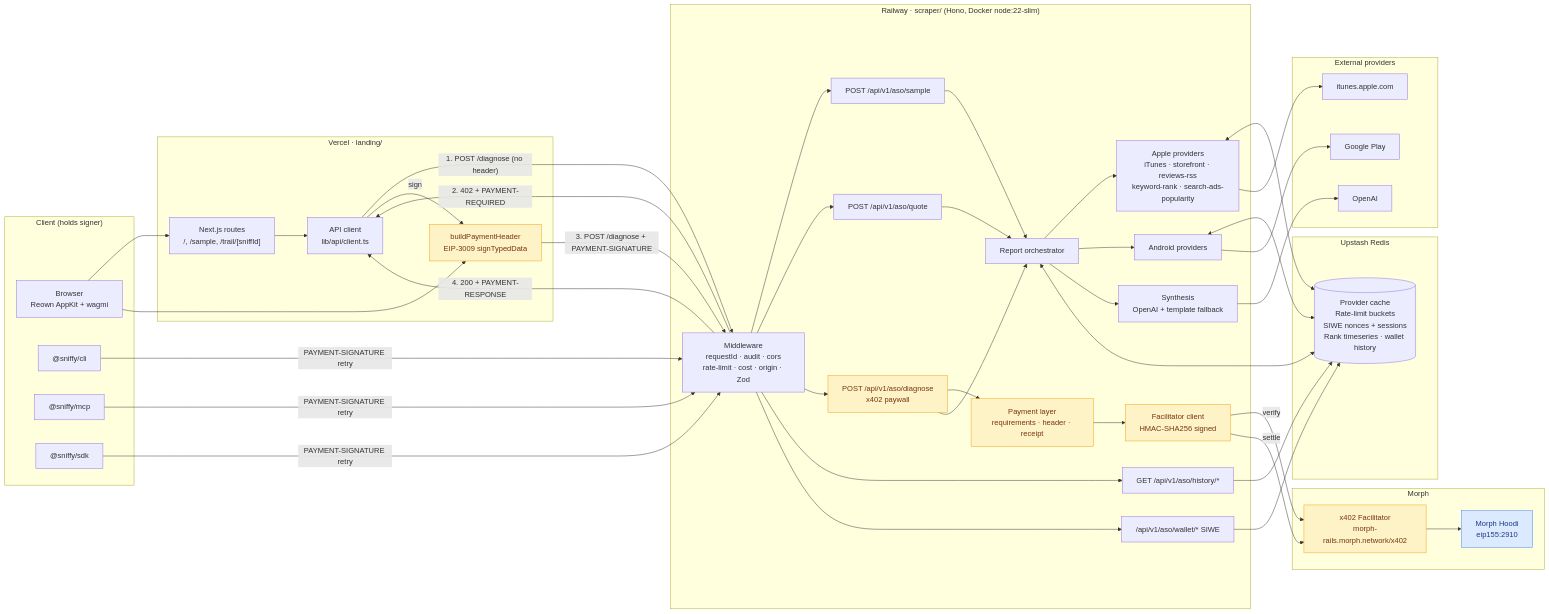
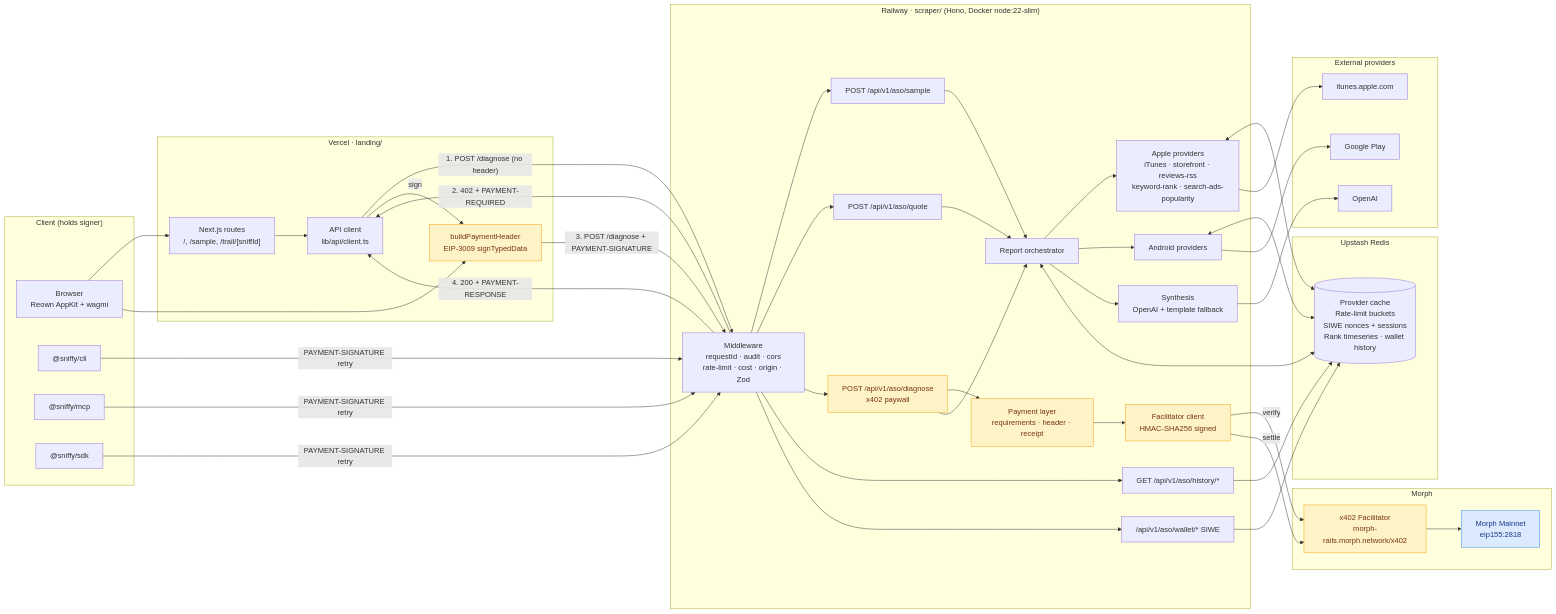
One commit to TheoInTech/asosniffy-com changed the first of 2 diagrams in README.md. Above: the diagram before and after it, drawn with Mermaid. The commit also changed other lines of this file and 2 other files, not shown here.

```diff
--- a/README.md
+++ b/README.md
@@ -146,7 +151,7 @@
 
     subgraph Morph["Morph"]
         FAC["x402 Facilitator<br/>morph-rails.morph.network/x402"]
-        CHAIN["Morph Hoodi<br/>eip155:2910"]
+        CHAIN["Morph Mainnet<br/>eip155:2818"]
     end
 
     subgraph External["External providers"]
```
